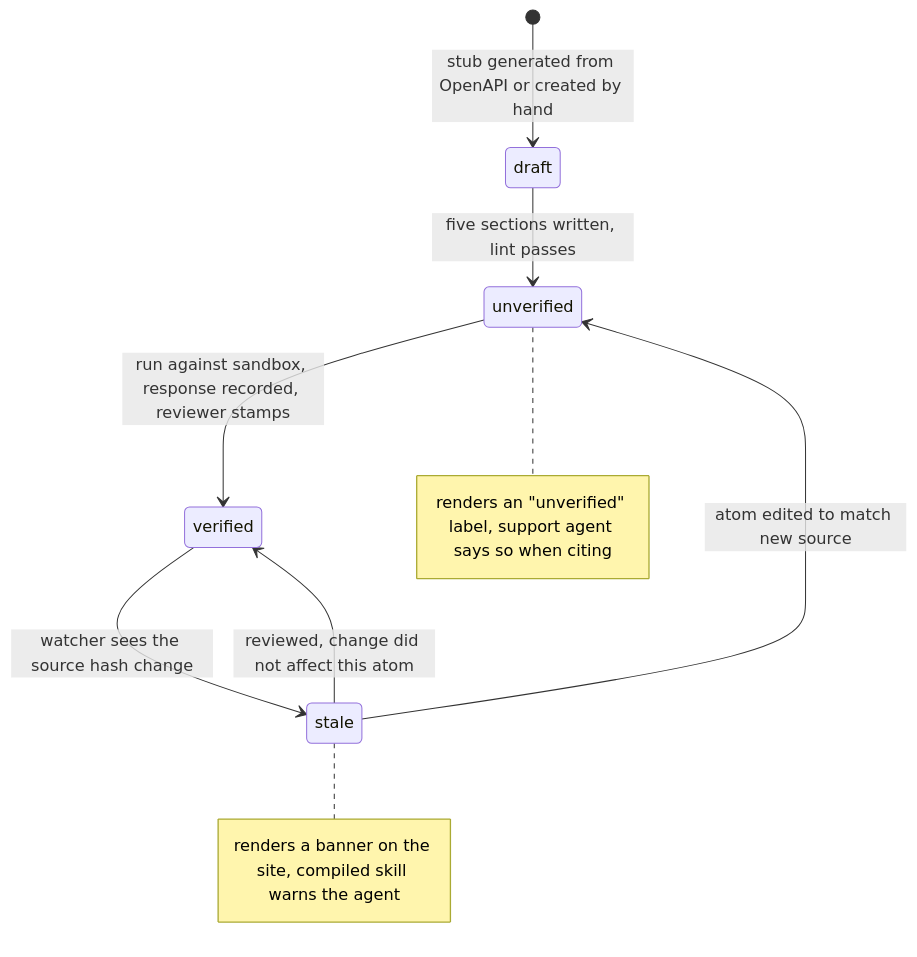
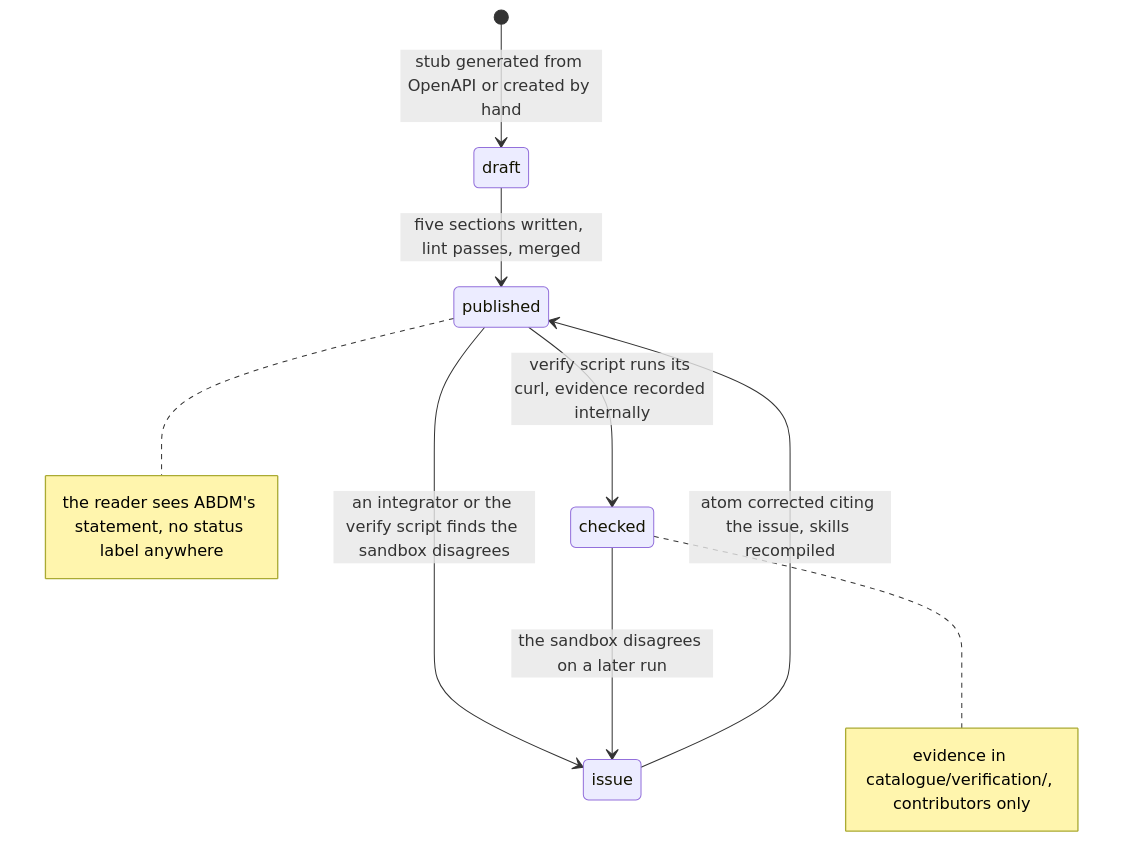
One commit to nha-in/docs changed the third of 9 diagrams in plan/abdm-v1-phase1-architecture-and-plan.md. Above: the diagram before and after it, drawn with Mermaid. The commit also changed other lines of this file and 820 other files, not shown here.

````diff
--- a/plan/abdm-v1-phase1-architecture-and-plan.md
+++ b/plan/abdm-v1-phase1-architecture-and-plan.md
@@ -226,11 +221,11 @@
 ```mermaid
 stateDiagram-v2
     [*] --> draft : stub generated from OpenAPI or created by hand
-    draft --> unverified : five sections written, lint passes
-    unverified --> verified : run against sandbox, response recorded, reviewer stamps
-    verified --> stale : watcher sees the source hash change
-    stale --> unverified : atom edited to match new source
-    stale --> verified : reviewed, change did not affect this atom
-    note right of stale : renders a banner on the site, compiled skill warns the agent
-    note right of unverified : renders an "unverified" label, support agent says so when citing
+    draft --> published : five sections written, lint passes, merged
+    published --> checked : verify script runs its curl, evidence recorded internally
+    published --> issue : an integrator or the verify script finds the sandbox disagrees
+    checked --> issue : the sandbox disagrees on a later run
+    issue --> published : atom corrected citing the issue, skills recompiled
+    note right of published : the reader sees ABDM's statement, no status label anywhere
+    note right of checked : evidence in catalogue/verification/, contributors only
 ```
````
